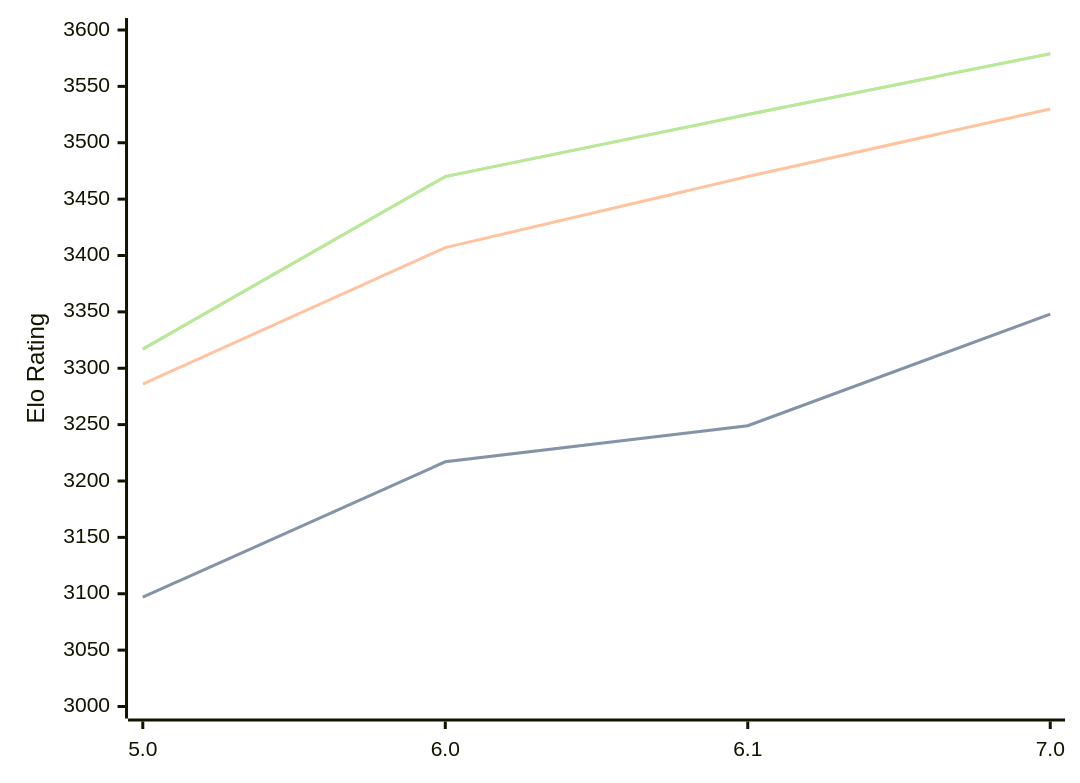
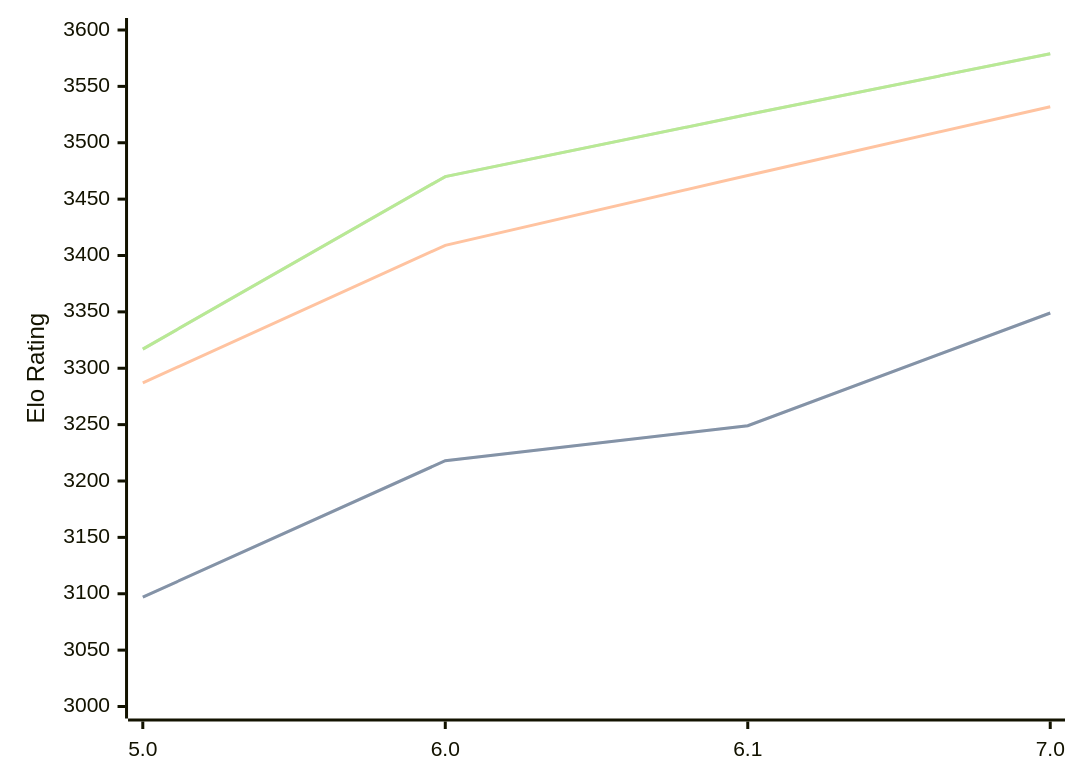
One commit to computer-chess-index/cci changed the diagram in engines/PZChessBot.md. Above: the diagram before and after it, drawn with Mermaid. The commit also changed other lines of this file, not shown here.

````diff
--- a/engines/PZChessBot.md
+++ b/engines/PZChessBot.md
@@ -43,11 +43,11 @@
 ```mermaid
 %%{init: {"theme":"base","themeVariables":{"seriesColors:['#a3a3a3','#222221','#faa371']}}}%%
 xychart-beta
   x-axis ["5.0", "6.0", "6.1", "7.0"]
   y-axis "Elo Rating" 3000 --> 3600
-  line "STC (8.0+0.08s)" [3097, 3217, 3249, 3348]
-  line "STC (8.0+0.08s)" [3097, 3217, 3249, 3348]
-  line "LTC (60.0+0.60s)" [3286, 3407, 3470, 3530]
+  line "STC (8.0+0.08s)" [3097, 3218, 3249, 3349]
+  line "STC (8.0+0.08s)" [3097, 3218, 3249, 3349]
+  line "LTC (60.0+0.60s)" [3287, 3409, 3471, 3532]
   line "VLTC (2m24s+1.12s)" [3317, 3470, 3525, 3579]
   line "VLTC (2m24s+1.12s)" [3317, 3470, 3525, 3579]
 ```
````
